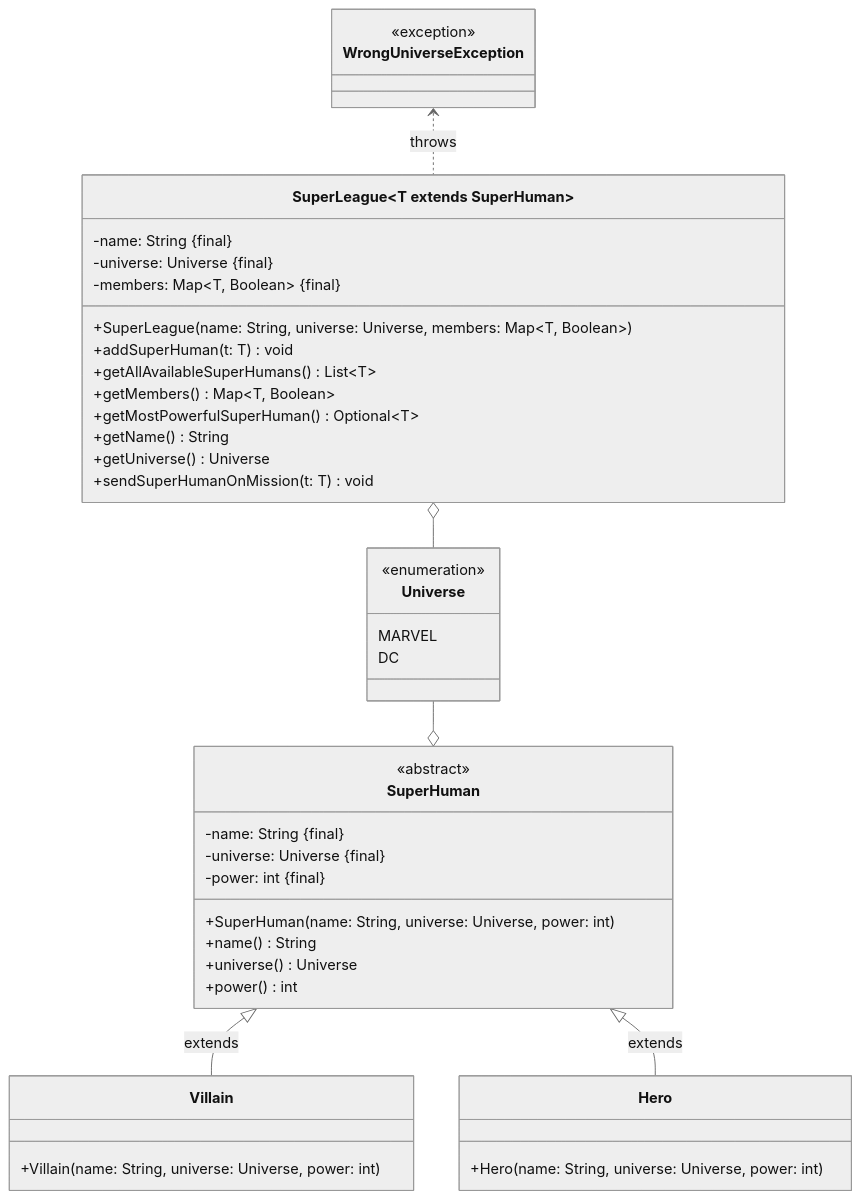
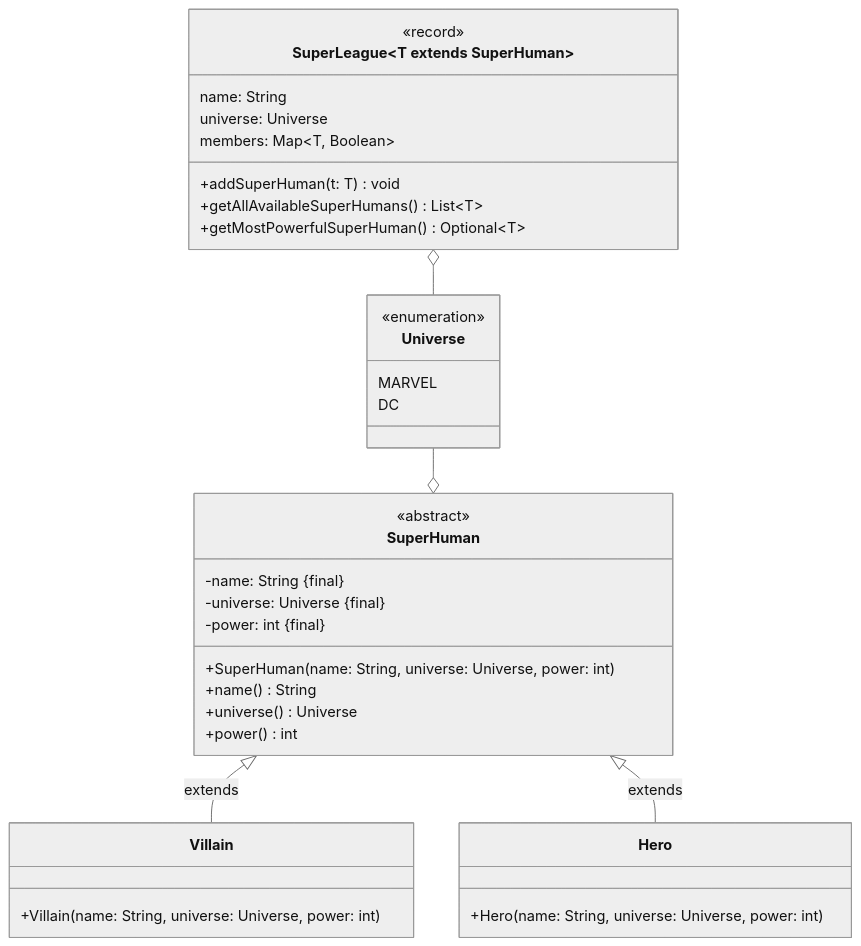
One commit to jappuccini/java-docs changed the first of 3 diagrams in docs/additional-material/daniel/java2/sample-exam.md. Above: the diagram before and after it, drawn with Mermaid (neutral theme). The commit also changed other lines of this file and 3 other files, not shown here.

````diff
--- a/docs/additional-material/daniel/java2/sample-exam.md
+++ b/docs/additional-material/daniel/java2/sample-exam.md
@@ -36,51 +31,42 @@
 ```mermaid
 classDiagram
     SuperHuman <|-- Villain : extends
     SuperHuman <|-- Hero : extends
     Universe --o SuperHuman
     SuperLeague~T extends SuperHuman~ o-- Universe
-    WrongUniverseException <.. SuperLeague~T extends SuperHuman~ : throws
 
     class SuperHuman {
         <<abstract>>
         -name: String #123;final#125;
         -universe: Universe #123;final#125;
         -power: int #123;final#125;
         +SuperHuman(name: String, universe: Universe, power: int)
         +name() String
         +universe() Universe
         +power() int
     }
 
     class Villain {
         +Villain(name: String, universe: Universe, power: int)
     }
 
     class Hero {
         +Hero(name: String, universe: Universe, power: int)
     }
 
     class Universe {
         <<enumeration>>
         MARVEL
         DC
     }
 
-    class WrongUniverseException {
-        <<exception>>
-    }
-
     class SuperLeague~T extends SuperHuman~ {
-        -name: String #123;final#125;
-        -universe: Universe #123;final#125;
-        -members: Map~T, Boolean~ #123;final#125;
-        +SuperLeague(name: String, universe: Universe, members: Map~T, Boolean~)
+        <<record>>
+        name: String
+        universe: Universe
+        members: Map~T, Boolean~
         +addSuperHuman(t: T) void
         +getAllAvailableSuperHumans() List~T~
-        +getMembers() Map~T, Boolean~
         +getMostPowerfulSuperHuman() Optional~T~
-        +getName() String
-        +getUniverse() Universe
-        +sendSuperHumanOnMission(t: T) void
     }
 ```
````
